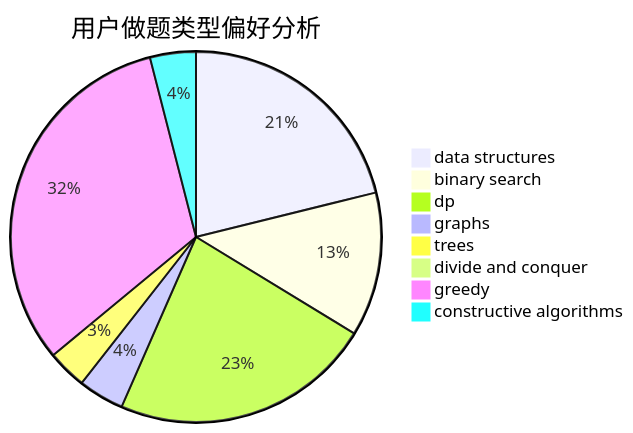
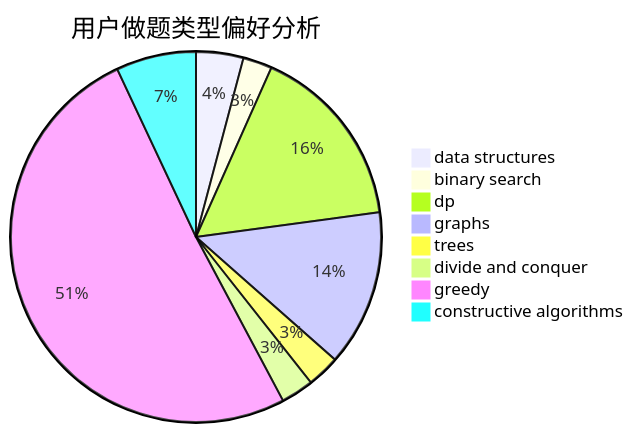
Before and after one commit to sherpahu/cfrs.github.io: the second of 3 diagrams in docs/user/u1666.md, drawn with Mermaid. The commit also changed other lines of this file and 2770 other files, not shown here.

````diff
--- a/docs/user/u1666.md
+++ b/docs/user/u1666.md
@@ -23,11 +23,11 @@
 ```mermaid
 pie title 用户做题类型偏好分析
-    "data structures" :  37
-    "binary search" :  22
-    "dp" :  40
-    "graphs" :  7
-    "trees" :  6
-    "divide and conquer" :  0
-    "greedy" :  56
-    "constructive algorithms" :  7
+    "data structures" :  13
+    "binary search" :  8
+    "dp" :  51
+    "graphs" :  43
+    "trees" :  9
+    "divide and conquer" :  9
+    "greedy" :  160
+    "constructive algorithms" :  22
 ```
````
